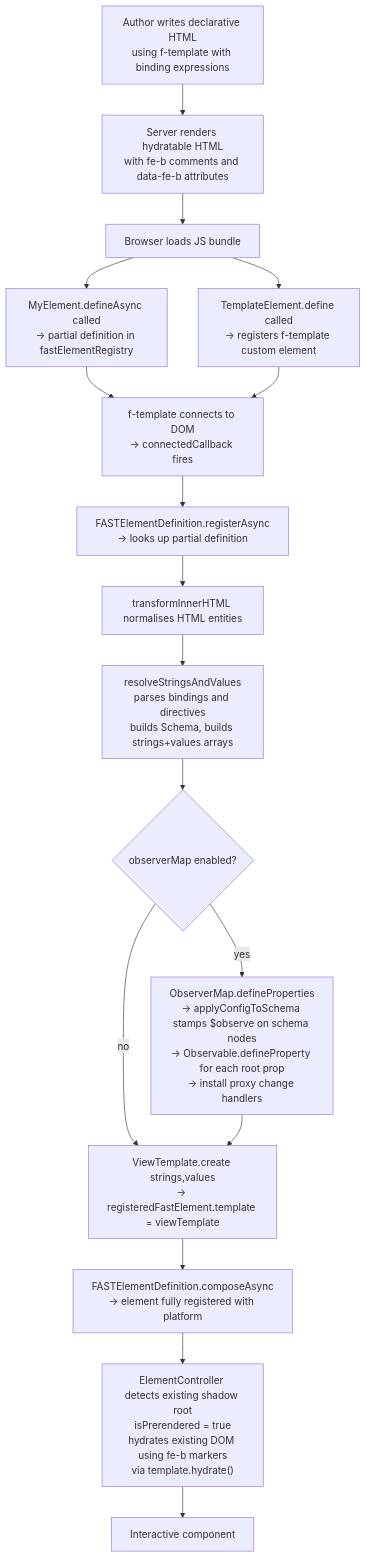
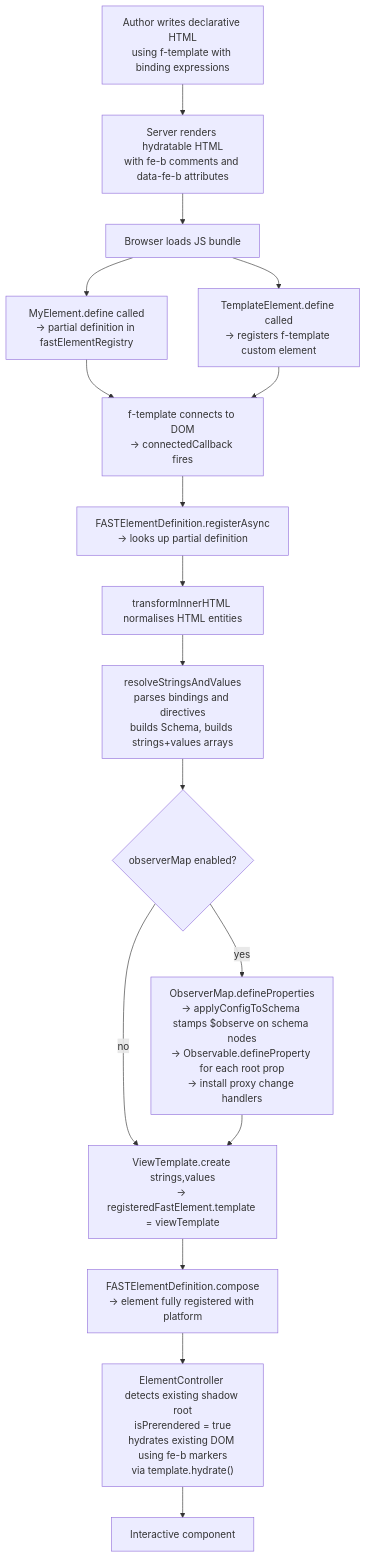
Before and after one commit to microsoft/fast: the first of 4 diagrams in packages/fast-html/DESIGN.md, drawn with Mermaid. The commit also changed other lines of this file and 50 other files, not shown here.

First line of the commit message:
feat: replace defineAsync/composeAsync with Promise-returning define/compose

````diff
--- a/packages/fast-html/DESIGN.md
+++ b/packages/fast-html/DESIGN.md
@@ -240,18 +240,18 @@
 ```mermaid
 flowchart TD
     A["Author writes declarative HTML\nusing f-template with binding expressions"] --> B["Server renders hydratable HTML\nwith fe-b comments and data-fe-b attributes"]
     B --> C[Browser loads JS bundle]
-    C --> D["MyElement.defineAsync called\n→ partial definition in fastElementRegistry"]
+    C --> D["MyElement.define called\n→ partial definition in fastElementRegistry"]
     C --> E["TemplateElement.define called\n→ registers f-template custom element"]
     D & E --> F["f-template connects to DOM\n→ connectedCallback fires"]
     F --> G["FASTElementDefinition.registerAsync\n→ looks up partial definition"]
     G --> H[transformInnerHTML normalises HTML entities]
     H --> I["resolveStringsAndValues\nparses bindings and directives\nbuilds Schema, builds strings+values arrays"]
     I --> J{observerMap enabled?}
     J -- yes --> K["ObserverMap.defineProperties\n→ applyConfigToSchema stamps $observe on schema nodes\n→ Observable.defineProperty for each root prop\n→ install proxy change handlers"]
     J -- no --> L
     K --> L["ViewTemplate.create strings,values\n→ registeredFastElement.template = viewTemplate"]
-    L --> M["FASTElementDefinition.composeAsync\n→ element fully registered with platform"]
+    L --> M["FASTElementDefinition.compose\n→ element fully registered with platform"]
     M --> N["ElementController detects existing shadow root\nisPrerendered = true\nhydrates existing DOM using fe-b markers\nvia template.hydrate()"]
     N --> O[Interactive component]
 ```
````
